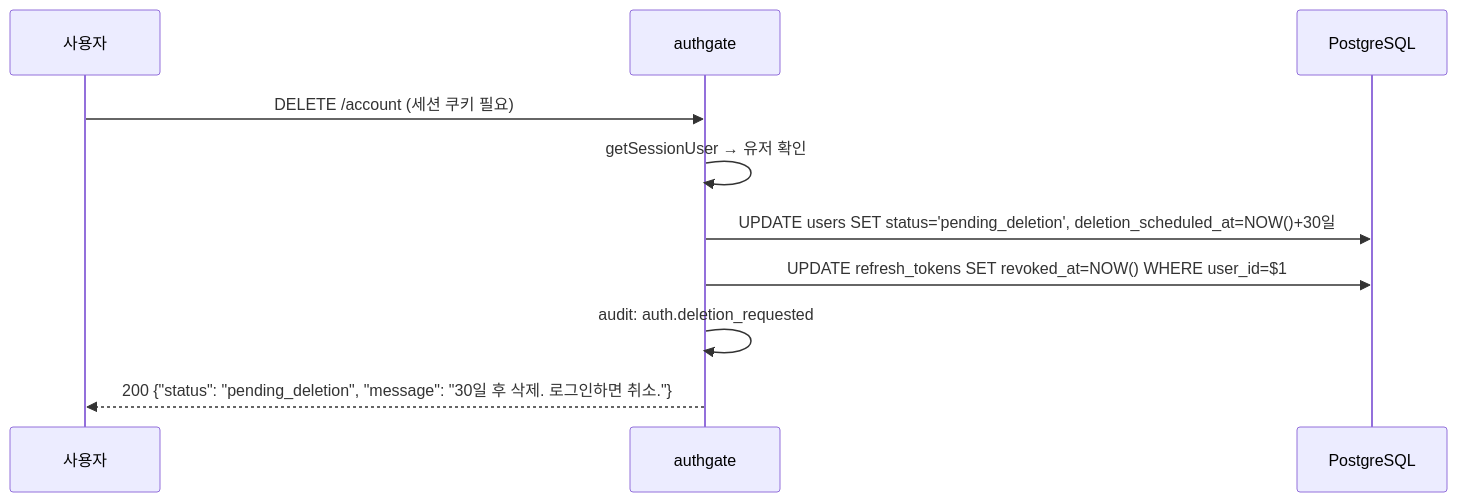
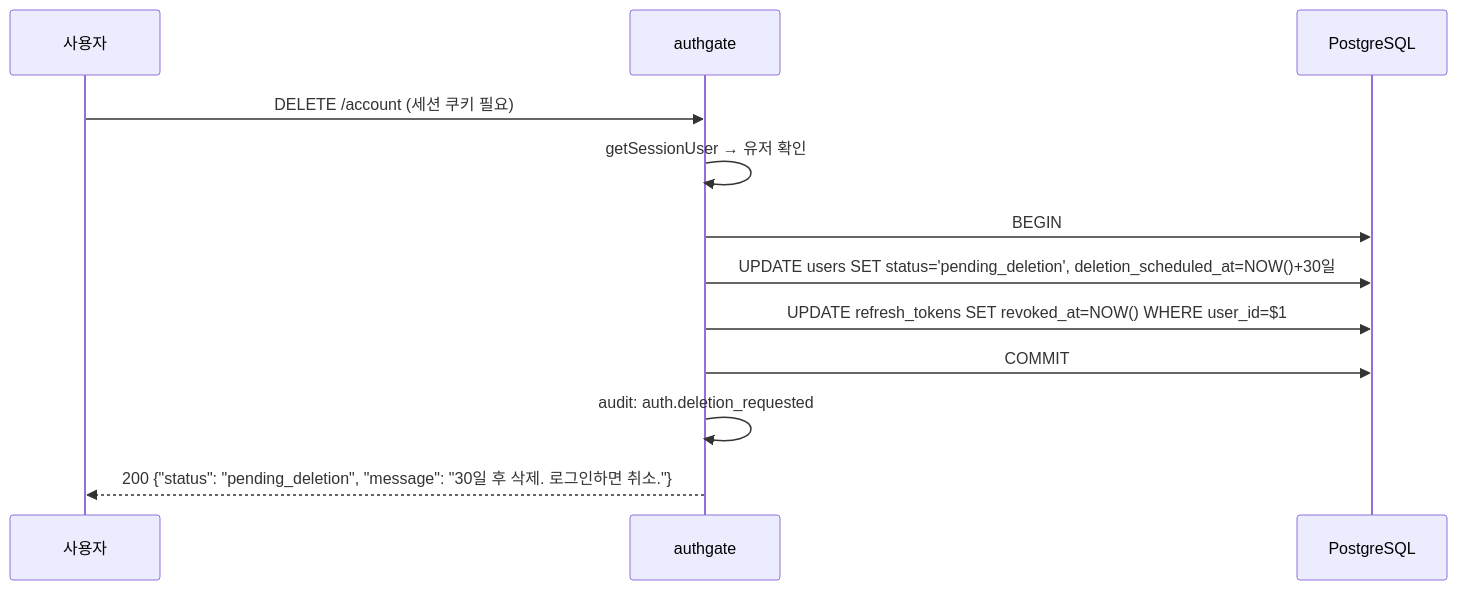
Before and after one commit to cagojeiger/authgate: the second of 3 diagrams in docs/spec/006-account-lifecycle.md, drawn with Mermaid. The commit also changed other lines of this file and 8 other files, not shown here.

````diff
--- a/docs/spec/006-account-lifecycle.md
+++ b/docs/spec/006-account-lifecycle.md
@@ -60,13 +61,15 @@
 ```mermaid
 sequenceDiagram
     participant U as 사용자
     participant AG as authgate
     participant DB as PostgreSQL
 
     U->>AG: DELETE /account (세션 쿠키 필요)
     AG->>AG: getSessionUser → 유저 확인
+    AG->>DB: BEGIN
     AG->>DB: UPDATE users SET status='pending_deletion', deletion_scheduled_at=NOW()+30일
     AG->>DB: UPDATE refresh_tokens SET revoked_at=NOW() WHERE user_id=$1
+    AG->>DB: COMMIT
     AG->>AG: audit: auth.deletion_requested
     AG-->>U: 200 {"status": "pending_deletion", "message": "30일 후 삭제. 로그인하면 취소."}
 ```
````
